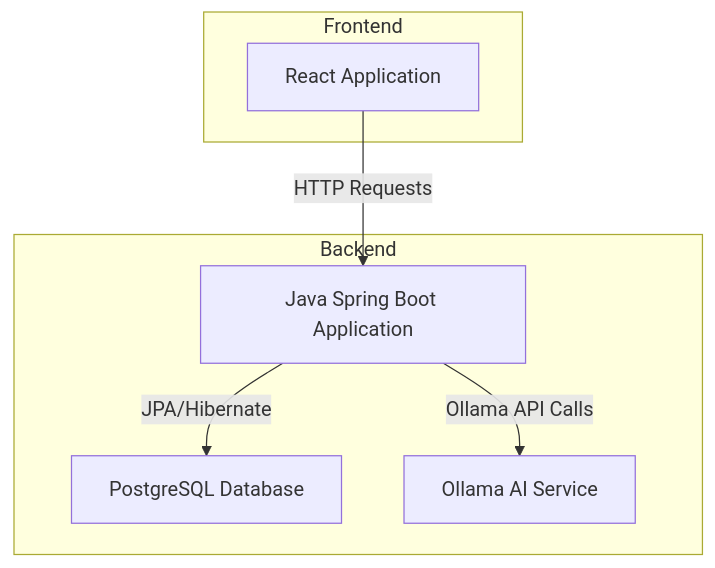
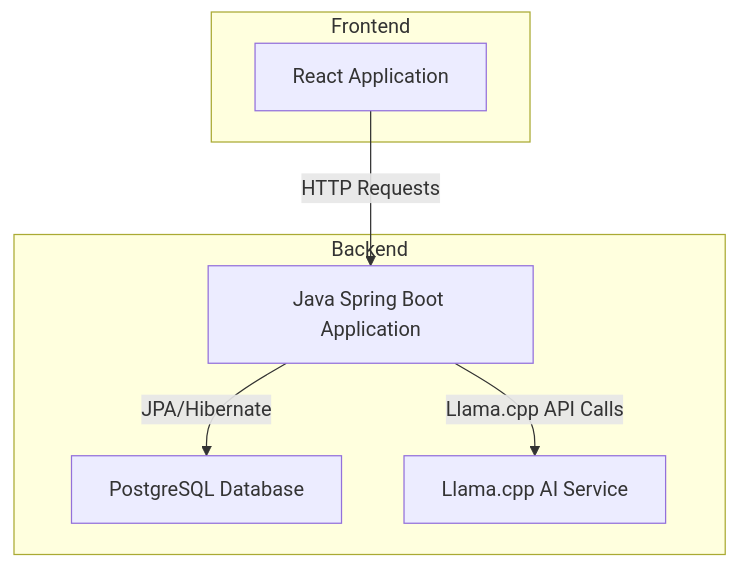
Before and after one commit to darkmusic/ai-forgot-these-cards: the first of 2 diagrams in README.md, drawn with Mermaid. The commit also changed other lines of this file and 22 other files, not shown here.

First line of the commit message:
Migrate to Llama.cpp, GNU Make, Docker CLI standalone instead of Ollama, Just, Docker-Compose; Improve AI chat experience (#1)

````diff
--- a/README.md
+++ b/README.md
@@ -58,16 +56,16 @@
 ```mermaid
 flowchart TD
     subgraph Backend
         A[Java Spring Boot Application]
         B[PostgreSQL Database]
-        C[Ollama AI Service]
+        C[Llama.cpp AI Service]
     end
 
     subgraph Frontend
         D[React Application]
     end
 
     D -->|HTTP Requests| A
     A -->|JPA/Hibernate| B
-    A -->|Ollama API Calls| C
+    A -->|Llama.cpp API Calls| C
 ```
````
